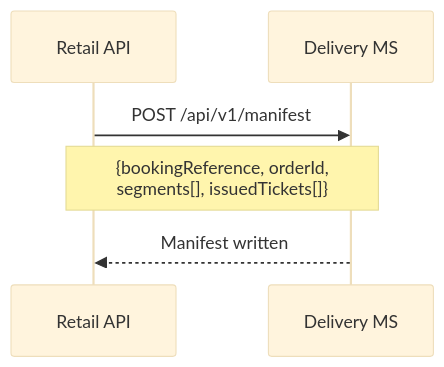
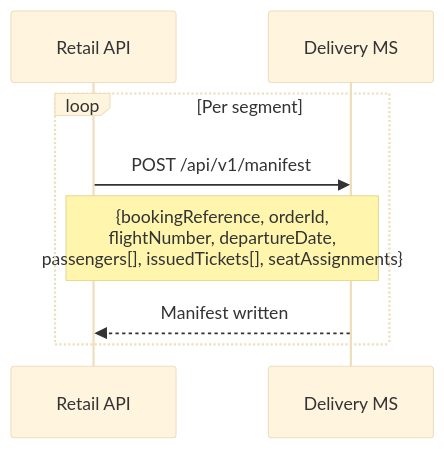
Before and after one commit to sebharvey/airline-reservation-system: the third of 13 diagrams in documentation/sequences/delivery.md, drawn with Mermaid (base theme). The commit also changed other lines of this file and 11 other files, not shown here.

````diff
--- a/documentation/sequences/delivery.md
+++ b/documentation/sequences/delivery.md
@@ -69,9 +69,11 @@
 ```mermaid
 sequenceDiagram
     participant RetailAPI as Retail API
     participant DeliveryMS as Delivery MS
 
-    RetailAPI->>DeliveryMS: POST /api/v1/manifest
-    Note over RetailAPI,DeliveryMS: {bookingReference, orderId,<br/>segments[], issuedTickets[]}
-    DeliveryMS-->>RetailAPI: Manifest written
+    loop Per segment
+        RetailAPI->>DeliveryMS: POST /api/v1/manifest
+        Note over RetailAPI,DeliveryMS: {bookingReference, orderId,<br/>flightNumber, departureDate,<br/>passengers[], issuedTickets[], seatAssignments}
+        DeliveryMS-->>RetailAPI: Manifest written
+    end
 ```
````
